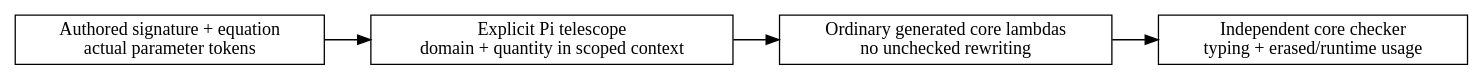
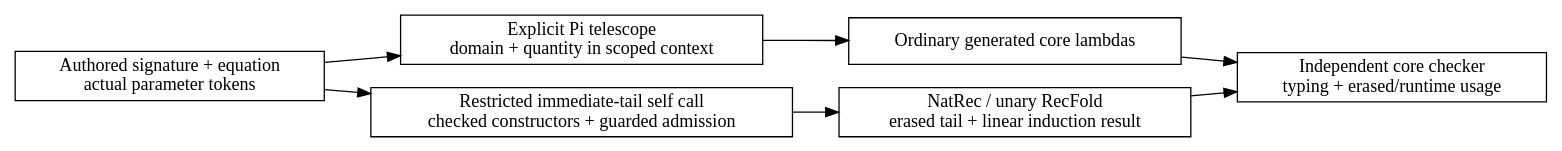
Before and after one commit to odunboye/fibril: the diagram in docs/diagrams/function-equations.dot, drawn with Graphviz. The commit also changed 5 other files, not shown here.

Commit message:
Lower unary structural recursive equations to folds

```diff
--- a/docs/diagrams/function-equations.dot
+++ b/docs/diagrams/function-equations.dot
@@ -1,9 +1,12 @@
 digraph FunctionEquations {
   rankdir=LR;
   node [shape=box];
   source [label="Authored signature + equation\nactual parameter tokens"];
   pi [label="Explicit Pi telescope\ndomain + quantity in scoped context"];
-  body [label="Ordinary generated core lambdas\nno unchecked rewriting"];
+  body [label="Ordinary generated core lambdas"];
+  structural [label="Restricted immediate-tail self call\nchecked constructors + guarded admission"];
+  fold [label="NatRec / unary RecFold\nerased tail + linear induction result"];
   check [label="Independent core checker\ntyping + erased/runtime usage"];
   source -> pi -> body -> check;
+  source -> structural -> fold -> check;
 }
```
